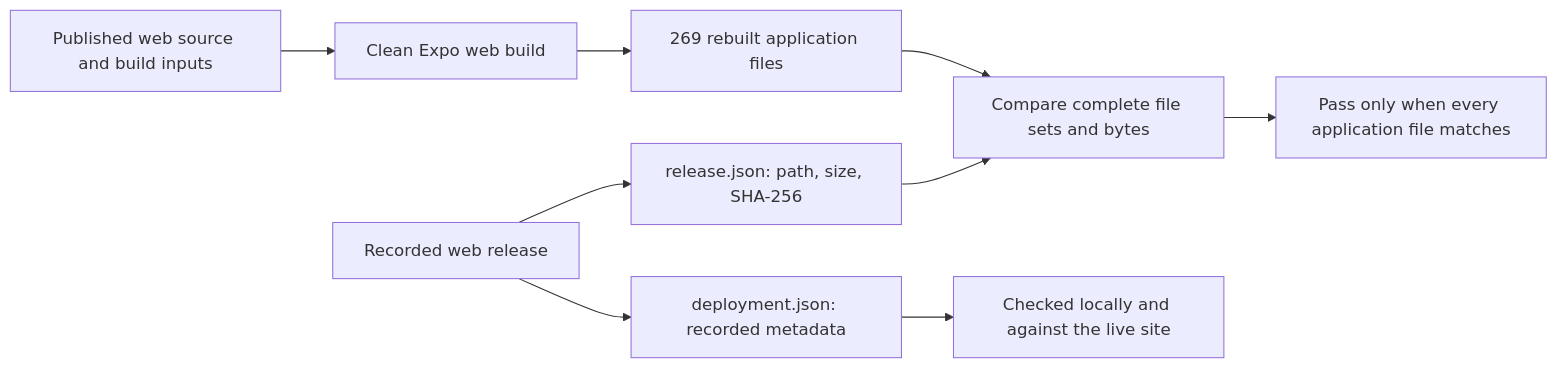
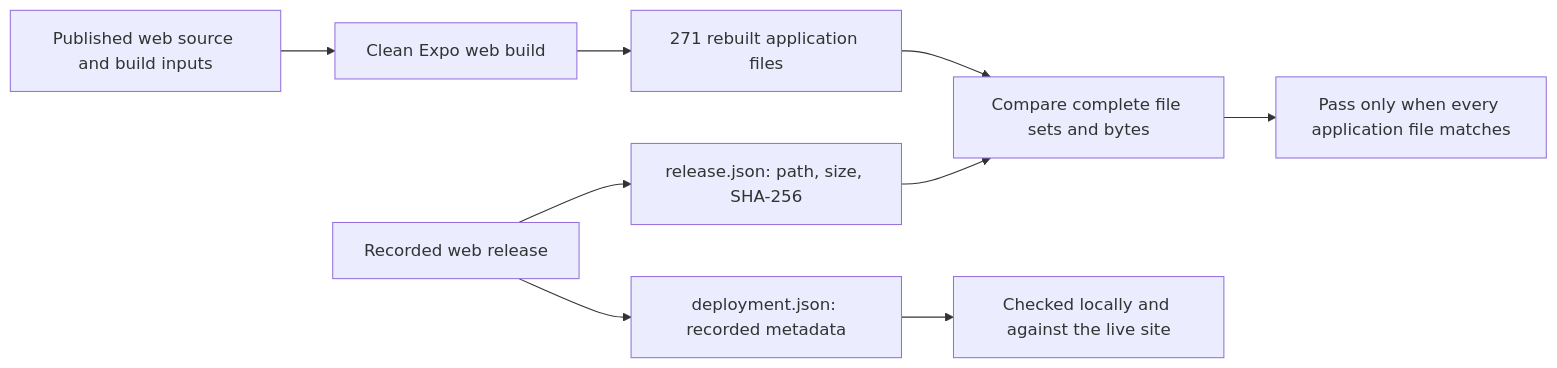
The first of 5 diagrams in README.md (nuri-com/nuri-wallet), drawn with Mermaid before and after one commit. The commit also changed other lines of this file and 463 other files, not shown here.

````diff
--- a/README.md
+++ b/README.md
@@ -167,11 +167,11 @@
 ```mermaid
 flowchart LR
     S["Published web source and build inputs"] --> B["Clean Expo web build"]
-    B --> R["269 rebuilt application files"]
+    B --> R["271 rebuilt application files"]
     W["Recorded web release"] --> M["release.json: path, size, SHA-256"]
     R --> C["Compare complete file sets and bytes"]
     M --> C
     W --> D["deployment.json: recorded metadata"]
     D --> L["Checked locally and against the live site"]
     C --> P["Pass only when every application file matches"]
 ```
````
